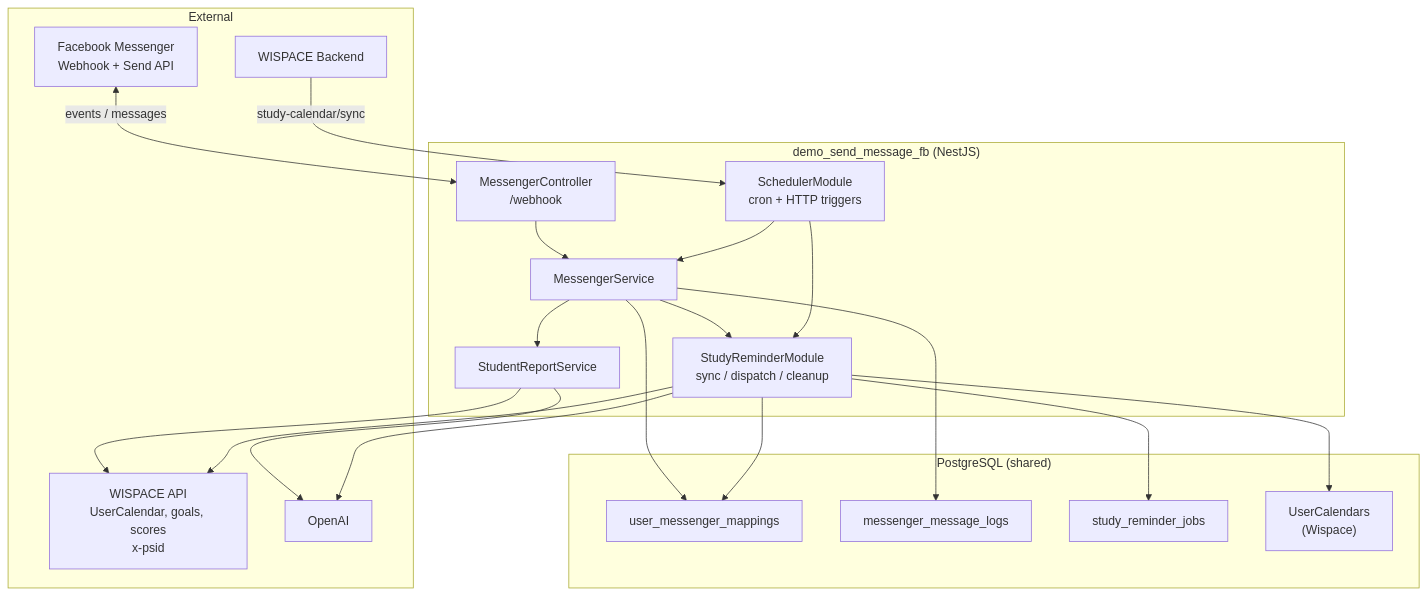
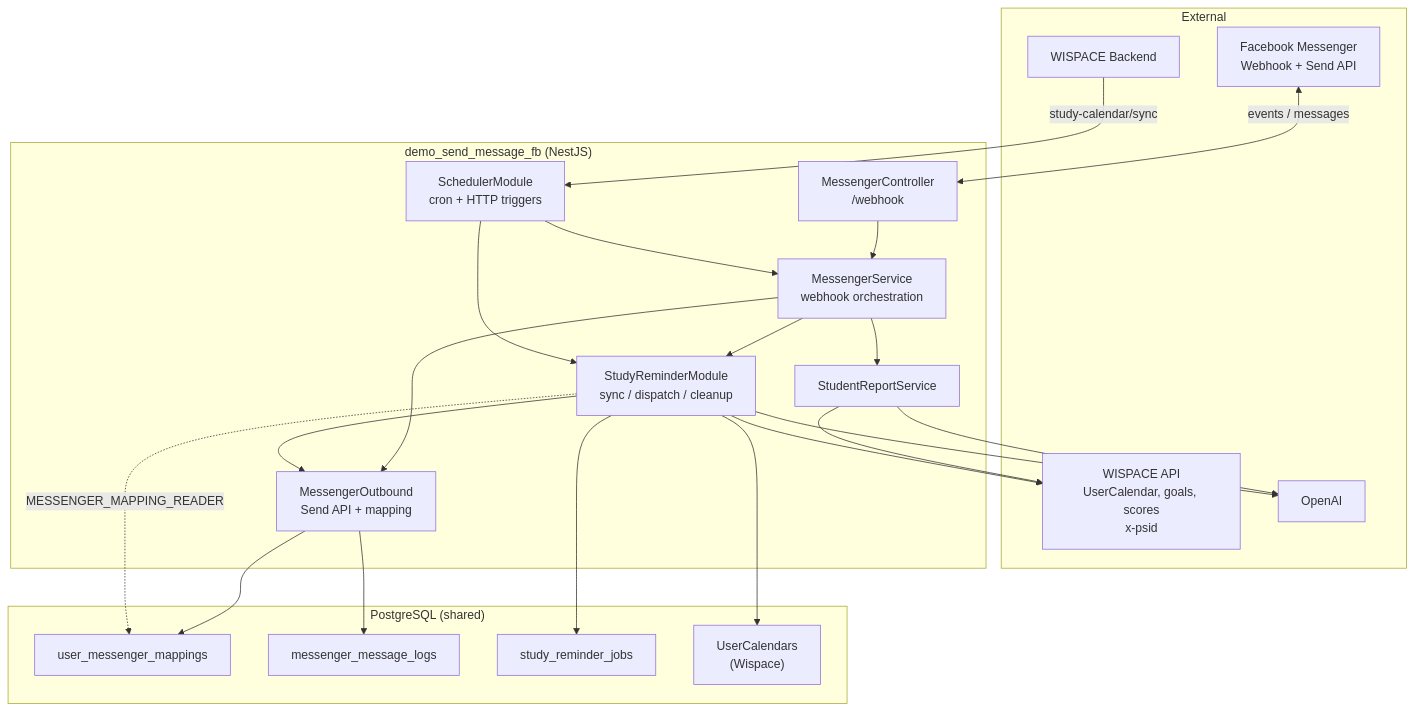
One commit to lengocanh2005it/messenger-ai-for-student changed the diagram in docs/project-overview.md. Above: the diagram before and after it, drawn with Mermaid. The commit also changed other lines of this file and 105 other files, not shown here.

First line of the commit message:
Refactor to Clean Architecture feature modules; update agent docs and docs.

````diff
--- a/docs/project-overview.md
+++ b/docs/project-overview.md
@@ -35,41 +35,44 @@
 ```mermaid
 flowchart TB
   subgraph External
     FB["Facebook Messenger\nWebhook + Send API"]
     WISPACE["WISPACE Backend"]
     WAPI["WISPACE API\nUserCalendar, goals, scores\nx-psid"]
     OAI["OpenAI"]
   end
 
   subgraph App["demo_send_message_fb (NestJS)"]
     WH["MessengerController\n/webhook"]
-    MS["MessengerService"]
+    MS["MessengerService\nwebhook orchestration"]
+    OUT["MessengerOutbound\nSend API + mapping"]
     SR["StudentReportService"]
     ST["StudyReminderModule\nsync / dispatch / cleanup"]
     CRON["SchedulerModule\ncron + HTTP triggers"]
   end
 
   subgraph DB["PostgreSQL (shared)"]
     MAP["user_messenger_mappings"]
     LOG["messenger_message_logs"]
     JOBS["study_reminder_jobs"]
     CAL["UserCalendars\n(Wispace)"]
   end
 
   FB <-->|events / messages| WH
   WH --> MS
   MS --> SR
   MS --> ST
+  MS --> OUT
+  ST --> OUT
   CRON --> MS
   CRON --> ST
   SR --> WAPI
   SR --> OAI
   WISPACE -->|study-calendar/sync| CRON
   ST --> WAPI
   ST --> OAI
   ST --> CAL
-  MS --> MAP
-  MS --> LOG
+  OUT --> MAP
+  OUT --> LOG
   ST --> JOBS
-  ST --> MAP
+  ST -.->|MESSENGER_MAPPING_READER| MAP
 ```
````
